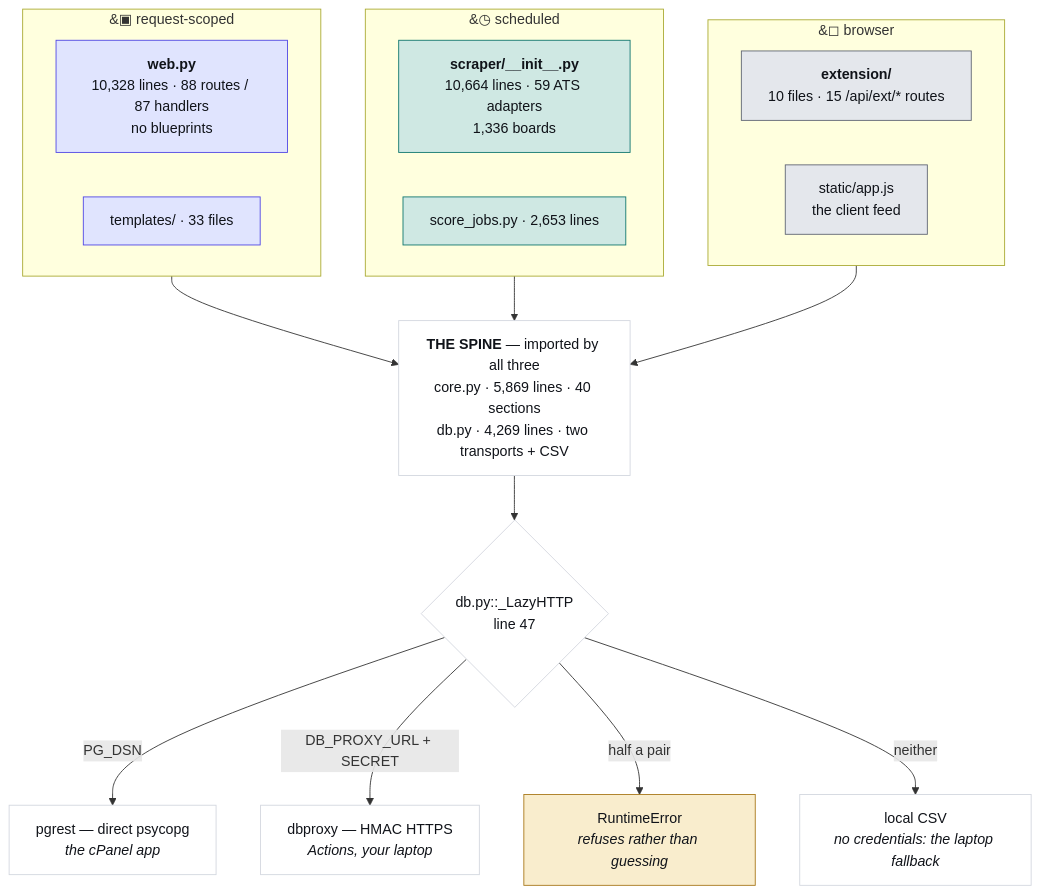
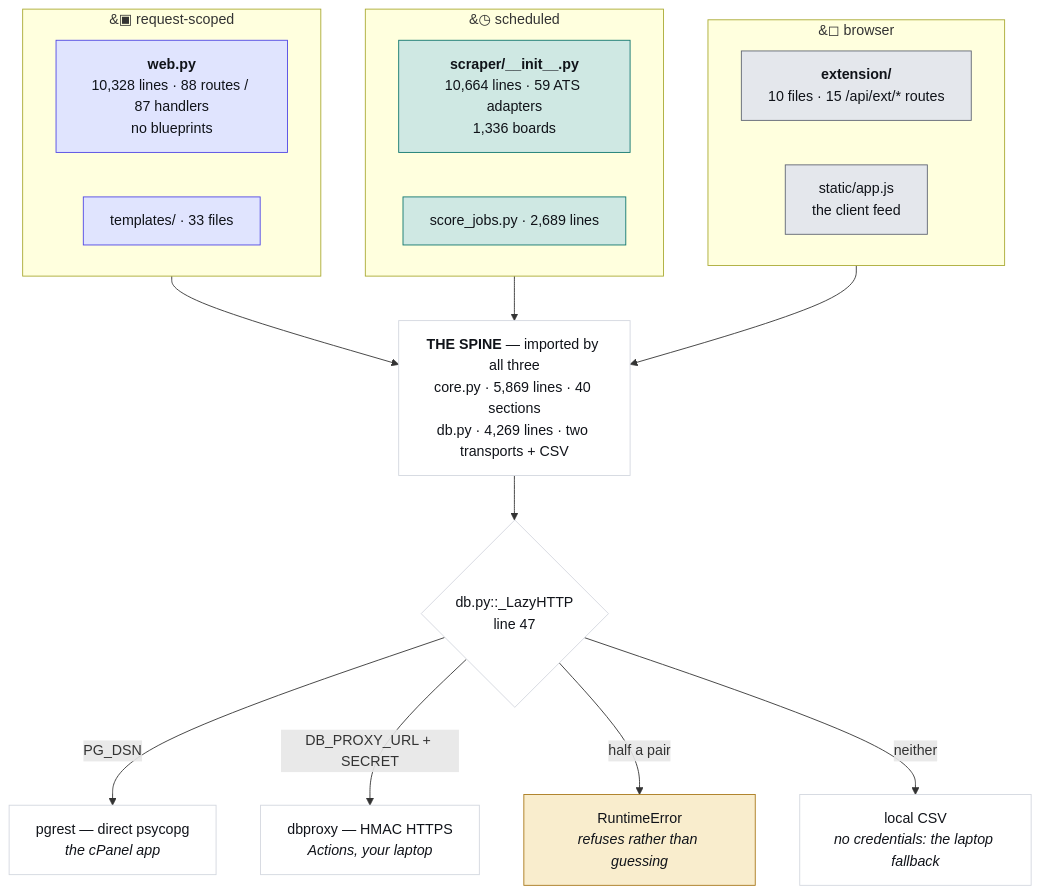
The first of 4 diagrams in JobMatch Scraper/docs/ARCHITECTURE.md (hadakunal909-debug/job-search-tool), drawn with Mermaid before and after one commit. The commit also changed 7 other files, not shown here.

````diff
--- a/JobMatch Scraper/docs/ARCHITECTURE.md
+++ b/JobMatch Scraper/docs/ARCHITECTURE.md
@@ -48,34 +48,34 @@
 ```mermaid
 flowchart TB
   subgraph REQ["&#9635; request-scoped"]
     W["<b>web.py</b><br/>10,328 lines · 88 routes / 87 handlers<br/>no blueprints"]
     T["templates/ · 33 files"]
   end
   subgraph SCH["&#9719; scheduled"]
     S["<b>scraper/__init__.py</b><br/>10,664 lines · 59 ATS adapters<br/>1,336 boards"]
-    J["score_jobs.py · 2,653 lines"]
+    J["score_jobs.py · 2,689 lines"]
   end
   subgraph CLI["&#9723; browser"]
     E["<b>extension/</b><br/>10 files · 15 /api/ext/* routes"]
     A["static/app.js<br/>the client feed"]
   end
   SPINE["<b>THE SPINE</b> — imported by all three<br/>core.py · 5,869 lines · 40 sections<br/>db.py · 4,269 lines · two transports + CSV"]
   REQ --> SPINE
   SCH --> SPINE
   CLI --> SPINE
   SPINE --> D{"db.py::_LazyHTTP<br/>line 47"}
   D -->|"PG_DSN"| P["pgrest — direct psycopg<br/><i>the cPanel app</i>"]
   D -->|"DB_PROXY_URL + SECRET"| X["dbproxy — HMAC HTTPS<br/><i>Actions, your laptop</i>"]
   D -->|"half a pair"| R["RuntimeError<br/><i>refuses rather than guessing</i>"]
   D -->|"neither"| V["local CSV<br/><i>no credentials: the laptop fallback</i>"]
   classDef web fill:#e0e4fe,stroke:#4f46e5,color:#101319
   classDef sched fill:#cfe8e3,stroke:#0f766e,color:#101319
   classDef client fill:#e4e7ec,stroke:#5f6573,color:#101319
   classDef trap fill:#f9edcd,stroke:#a8781a,color:#101319
   classDef plain fill:#ffffff,stroke:#d3d7df,color:#101319
   class W,T web
   class S,J sched
   class E,A client
   class R trap
   class SPINE,D,P,X,V plain
 ```
````
